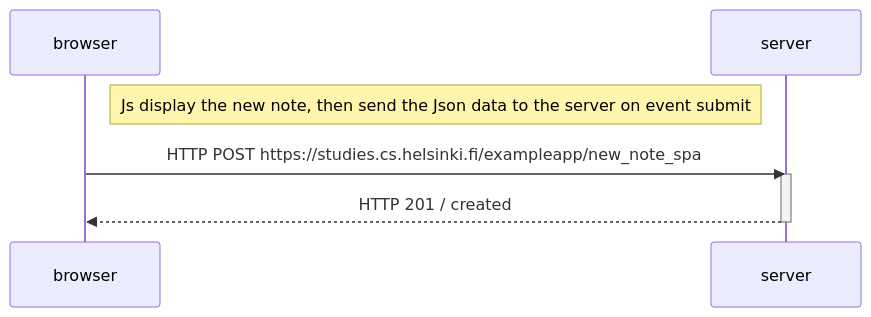
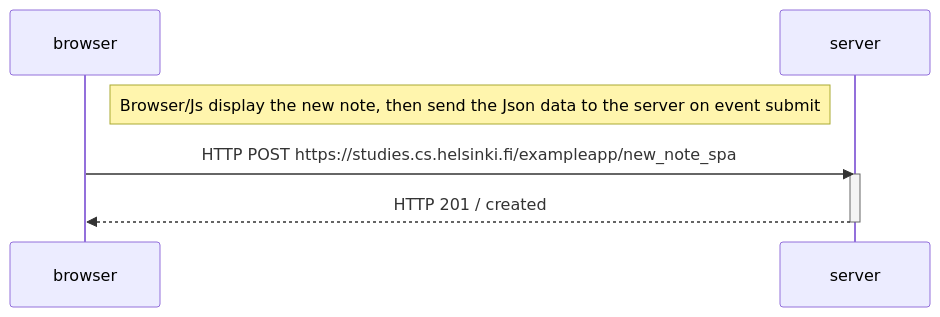
One commit to mecene/fullstack-Helsinki changed the diagram in part0/6.md. Above: the diagram before and after it, drawn with Mermaid.

Commit message:
ex6 modif

````diff
--- a/part0/6.md
+++ b/part0/6.md
@@ -1,12 +1,12 @@
 ```mermaid
 sequenceDiagram
     participant browser
     participant server
 
-    note right of browser: Js display the new note, then send the Json data to  the server on event submit
+    note right of browser: Browser/Js display the new note, then send the Json data to the server on event submit
     browser->>server:  HTTP POST https://studies.cs.helsinki.fi/exampleapp/new_note_spa
     activate server
     server-->>browser: HTTP 201 / created
     deactivate server
     
 ```
````
